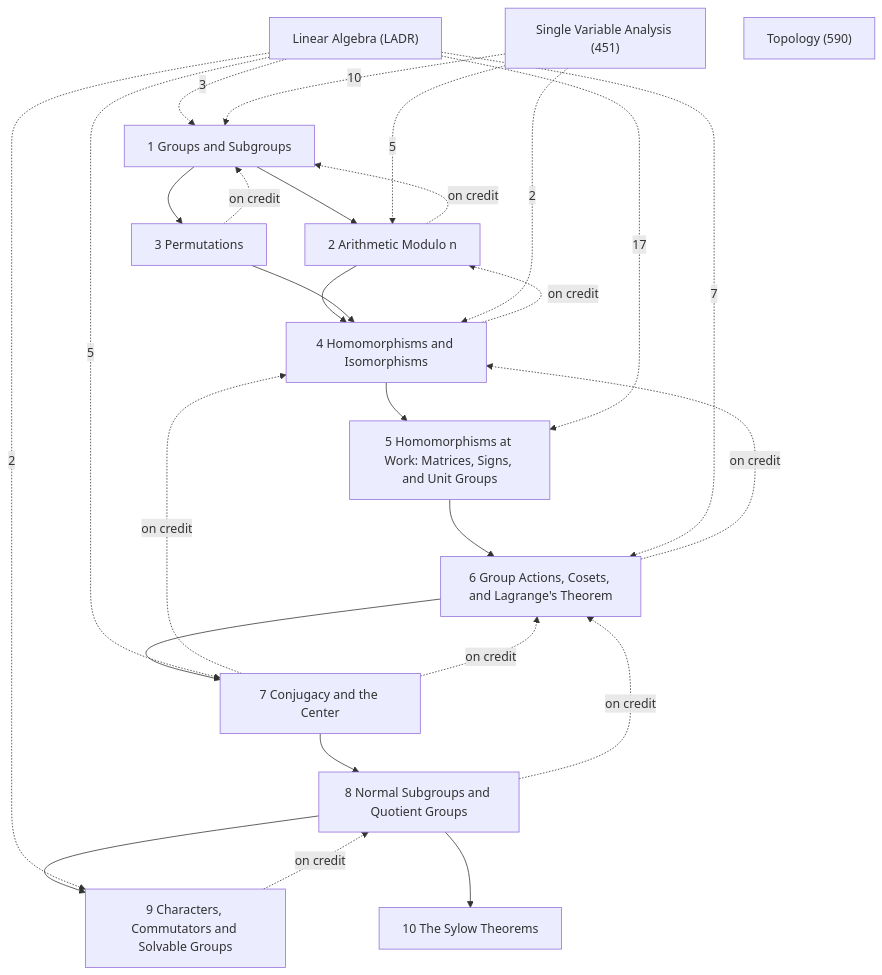
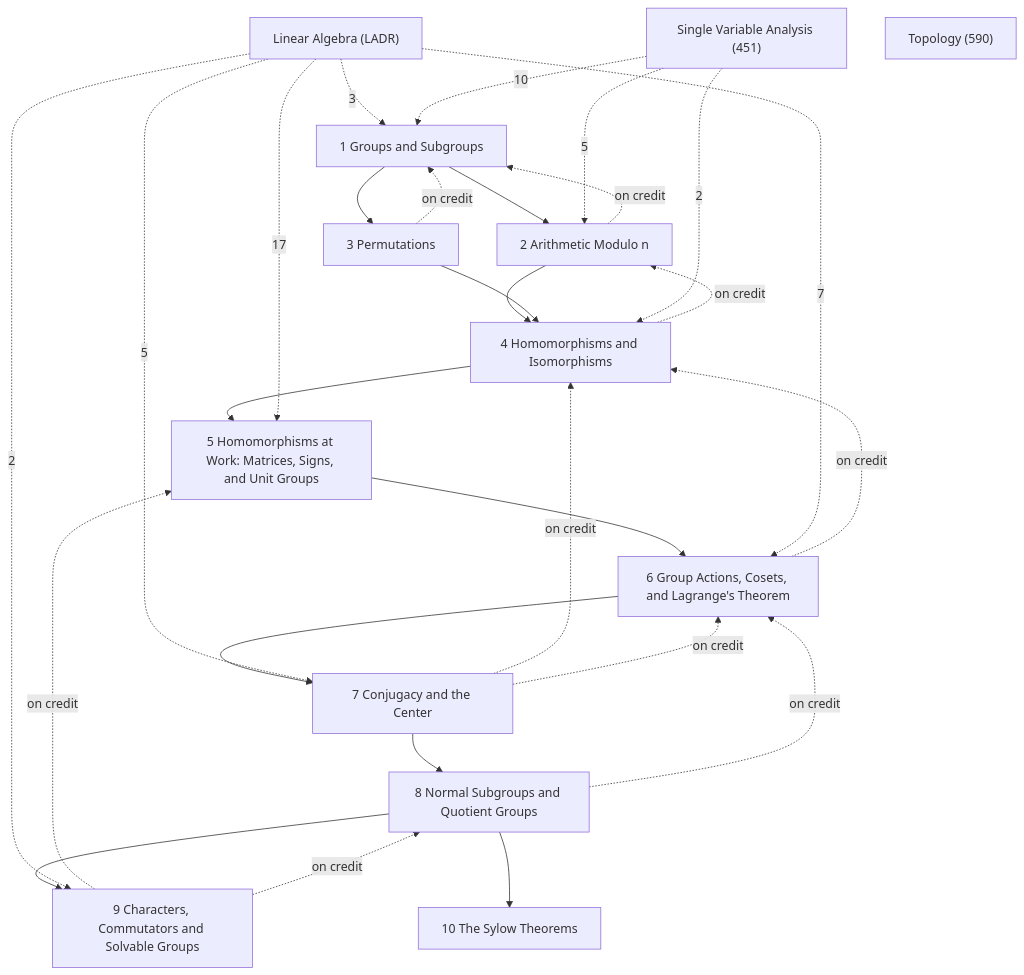
The diagram in Math/Group Theory/Group Theory.md (Onion20040508/notes), drawn with Mermaid before and after one commit. The commit also changed 19 other files, not shown here.

````diff
--- a/Math/Group Theory/Group Theory.md
+++ b/Math/Group Theory/Group Theory.md
@@ -27,42 +27,43 @@
 ```mermaid
 graph TD
   C1["1 Groups and Subgroups"]
   C2["2 Arithmetic Modulo n"]
   C3["3 Permutations"]
   C4["4 Homomorphisms and Isomorphisms"]
   C5["5 Homomorphisms at Work: Matrices, Signs, and Unit Groups"]
   C6["6 Group Actions, Cosets, and Lagrange's Theorem"]
   C7["7 Conjugacy and the Center"]
   C8["8 Normal Subgroups and Quotient Groups"]
   C9["9 Characters, Commutators and Solvable Groups"]
   C10["10 The Sylow Theorems"]
   X1["Linear Algebra (LADR)"]
   X2["Single Variable Analysis (451)"]
   X3["Topology (590)"]
   C1 --> C2
   C1 --> C3
   C2 --> C4
   C3 --> C4
   C4 --> C5
   C5 --> C6
   C6 --> C7
   C7 --> C8
   C8 --> C9
   C8 --> C10
   C2 -.->|on credit| C1
   C3 -.->|on credit| C1
   C4 -.->|on credit| C2
   C6 -.->|on credit| C4
   C7 -.->|on credit| C4
   C7 -.->|on credit| C6
   C8 -.->|on credit| C6
+  C9 -.->|on credit| C5
   C9 -.->|on credit| C8
   X1 -.->|3| C1
   X1 -.->|17| C5
   X1 -.->|7| C6
   X1 -.->|5| C7
   X1 -.->|2| C9
   X2 -.->|10| C1
   X2 -.->|5| C2
   X2 -.->|2| C4
 ```
````
